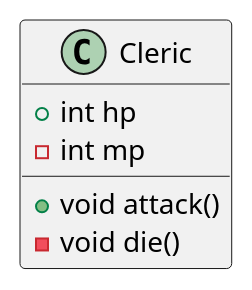
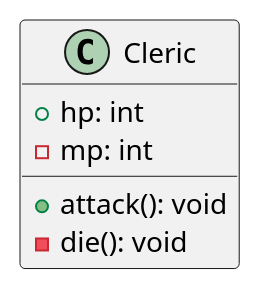
The diagram in lib/game.puml (jiinaa/sesac7_dart_study), drawn with PlantUML before and after one commit. The commit also changed 1 other file, not shown here.

```diff
--- a/lib/game.puml
+++ b/lib/game.puml
@@ -1,11 +1,11 @@
 @startuml
 
 class Cleric{
-    + int hp
-    - int mp
+    + hp: int
+    - mp: int
 
-    + void attack()
-    - void die()
+    + attack(): void 
+    - die(): void 
 }
 
 @enduml
```
